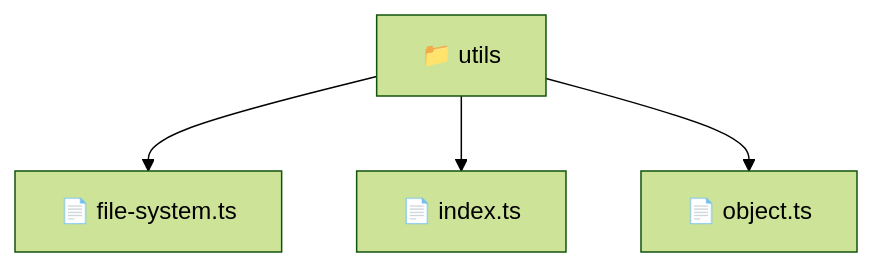
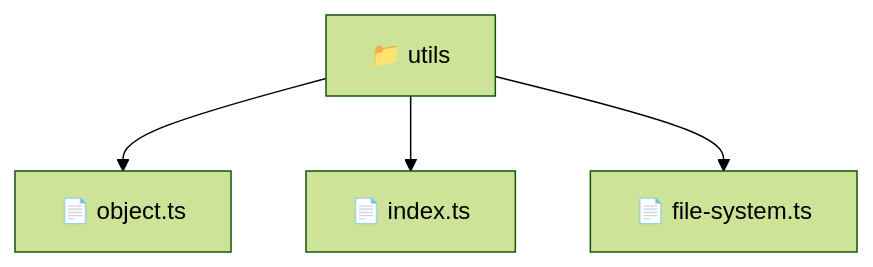
One commit to beginwebdev2002/fullstack-mavluda changed the diagram in backend/src/common/utils/README.md. Above: the diagram before and after it, drawn with Mermaid (forest theme). The commit also changed other lines of this file and 164 other files, not shown here.

First line of the commit message:
docs: generate robust autonomous architectural documentation

````diff
--- a/backend/src/common/utils/README.md
+++ b/backend/src/common/utils/README.md
@@ -9,7 +11,7 @@
 ```mermaid
 graph TD
-  Root["📁 utils"]
-  Root --> file_system_ts["📄 file-system.ts"]
-  Root --> index_ts["📄 index.ts"]
-  Root --> object_ts["📄 object.ts"]
+    f_utils["📁 utils"]
+    f_utils --> f_object_ts["📄 object.ts"]
+    f_utils --> f_index_ts["📄 index.ts"]
+    f_utils --> f_file_system_ts["📄 file-system.ts"]
 ```
````
